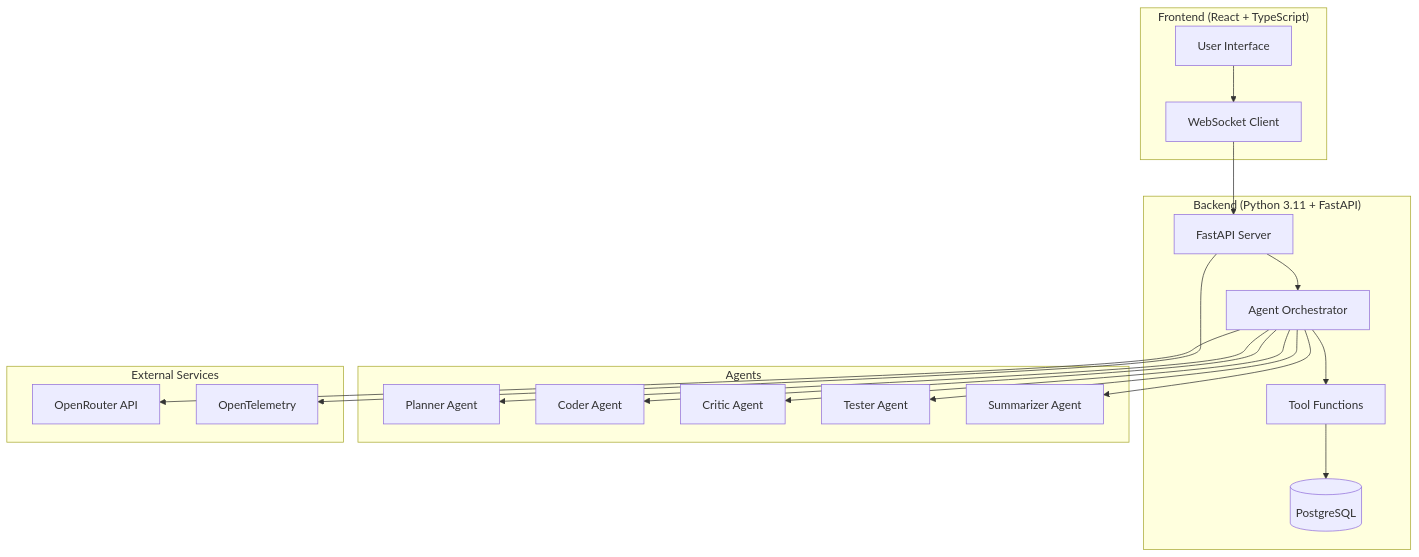
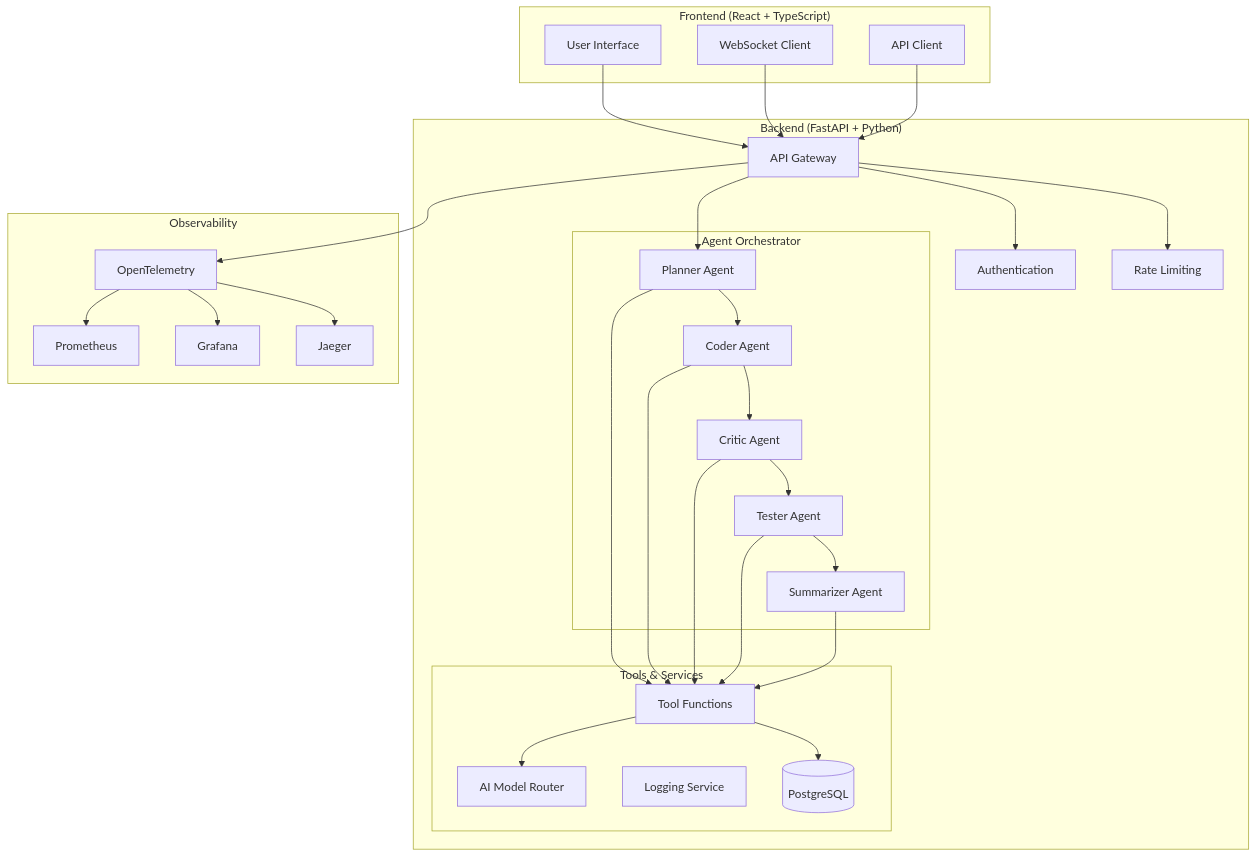
The diagram in README.md (aljami3anet/super-agent), drawn with Mermaid before and after one commit. The commit also changed other lines of this file and 6 other files, not shown here.

Commit message:
docs: Update project documentation with comprehensive architecture and deployment guides

````diff
--- a/README.md
+++ b/README.md
@@ -23,40 +28,58 @@
 ```mermaid
 graph TB
     subgraph "Frontend (React + TypeScript)"
         UI[User Interface]
         WS[WebSocket Client]
+        API[API Client]
     end
     
-    subgraph "Backend (Python 3.11 + FastAPI)"
-        API[FastAPI Server]
-        AGENTS[Agent Orchestrator]
-        TOOLS[Tool Functions]
-        DB[(PostgreSQL)]
+    subgraph "Backend (FastAPI + Python)"
+        API_GW[API Gateway]
+        AUTH[Authentication]
+        RATE[Rate Limiting]
+        
+        subgraph "Agent Orchestrator"
+            PLANNER[Planner Agent]
+            CODER[Coder Agent]
+            CRITIC[Critic Agent]
+            TESTER[Tester Agent]
+            SUMMARIZER[Summarizer Agent]
+        end
+        
+        subgraph "Tools & Services"
+            TOOLS[Tool Functions]
+            AI[AI Model Router]
+            LOGS[Logging Service]
+            DB[(PostgreSQL)]
+        end
     end
     
-    subgraph "Agents"
-        PLANNER[Planner Agent]
-        CODER[Coder Agent]
-        CRITIC[Critic Agent]
-        TESTER[Tester Agent]
-        SUMMARIZER[Summarizer Agent]
+    subgraph "Observability"
+        OTEL[OpenTelemetry]
+        PROM[Prometheus]
+        GRAFANA[Grafana]
+        JAEGER[Jaeger]
     end
     
-    subgraph "External Services"
-        OPENROUTER[OpenRouter API]
-        OTEL[OpenTelemetry]
-    end
-    
-    UI --> WS
-    WS --> API
-    API --> AGENTS
-    AGENTS --> PLANNER
-    AGENTS --> CODER
-    AGENTS --> CRITIC
-    AGENTS --> TESTER
-    AGENTS --> SUMMARIZER
-    AGENTS --> TOOLS
+    UI --> API_GW
+    WS --> API_GW
+    API --> API_GW
+    API_GW --> AUTH
+    API_GW --> RATE
+    API_GW --> PLANNER
+    PLANNER --> CODER
+    CODER --> CRITIC
+    CRITIC --> TESTER
+    TESTER --> SUMMARIZER
+    PLANNER --> TOOLS
+    CODER --> TOOLS
+    CRITIC --> TOOLS
+    TESTER --> TOOLS
+    SUMMARIZER --> TOOLS
+    TOOLS --> AI
     TOOLS --> DB
-    AGENTS --> OPENROUTER
-    API --> OTEL
+    API_GW --> OTEL
+    OTEL --> PROM
+    OTEL --> GRAFANA
+    OTEL --> JAEGER
 ```
````
